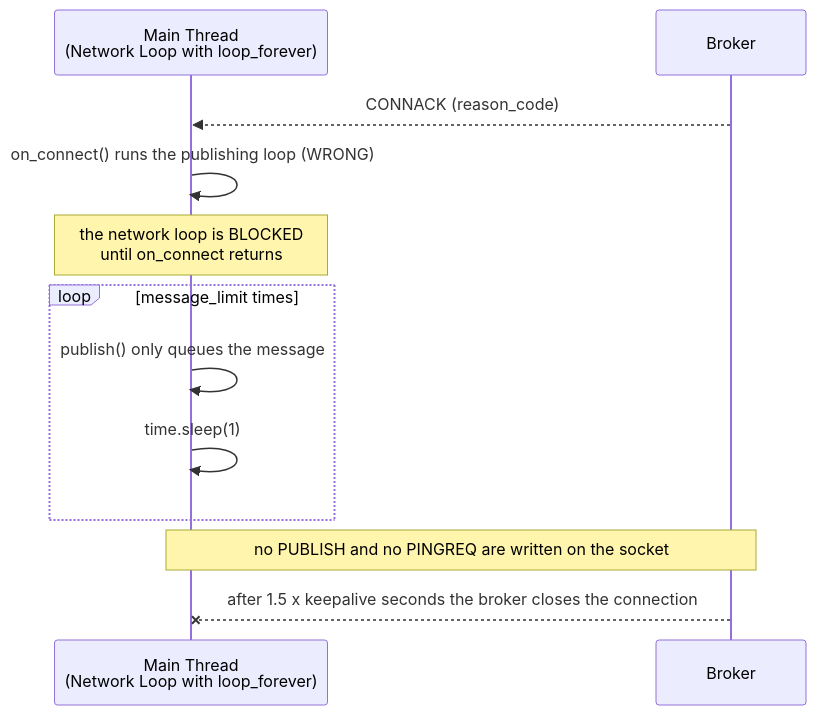
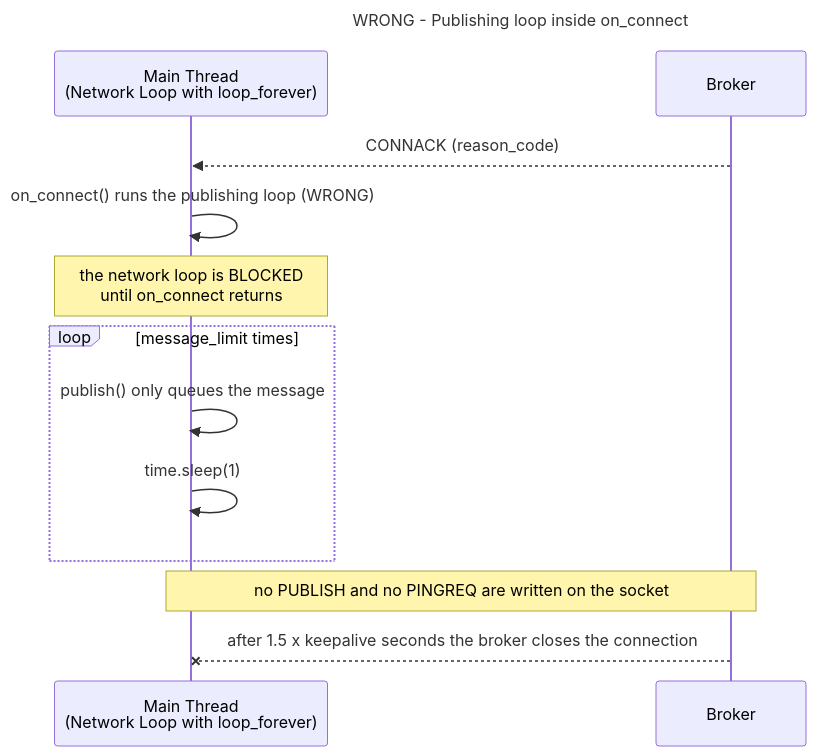
The fourth of 4 diagrams in README.md (Marco-Picone-Teaching/python-mqtt-playground), drawn with Mermaid before and after one commit. The commit also changed other lines of this file, not shown here.

````diff
--- a/README.md
+++ b/README.md
@@ -387,15 +365,16 @@
 ```mermaid
 sequenceDiagram
+    title WRONG - Publishing loop inside on_connect
     participant M as Main Thread<br/>(Network Loop with loop_forever)
     participant B as Broker
 
     B-->>M: CONNACK (reason_code)
     M->>M: on_connect() runs the publishing loop (WRONG)
     Note over M: the network loop is BLOCKED<br/>until on_connect returns
     loop message_limit times
         M->>M: publish() only queues the message
         M->>M: time.sleep(1)
     end
     Note over M,B: no PUBLISH and no PINGREQ are written on the socket
     B--xM: after 1.5 x keepalive seconds the broker closes the connection
 ```
````
